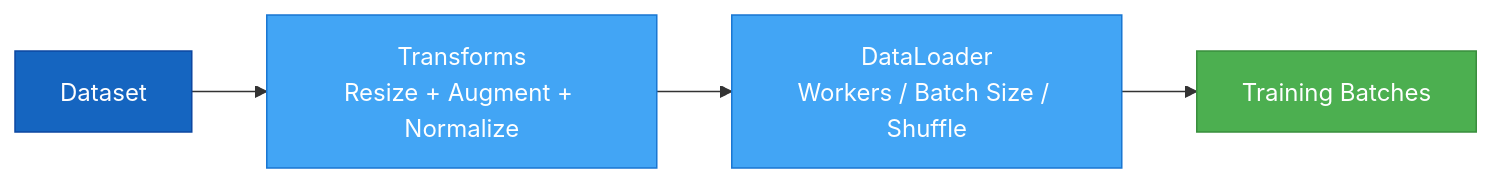
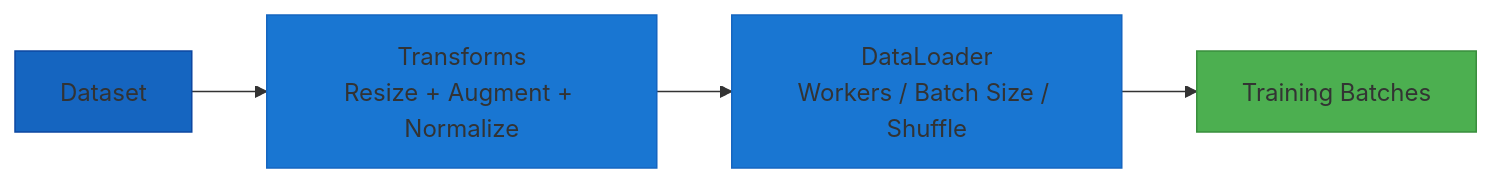
Before and after one commit to theja-vanka/AutoTimm: the second of 2 diagrams in docs/user-guide/data-loading/index.md, drawn with Mermaid. The commit also changed other lines of this file and 37 other files, not shown here.

````diff
--- a/docs/user-guide/data-loading/index.md
+++ b/docs/user-guide/data-loading/index.md
@@ -35,11 +35,11 @@
 ```mermaid
 graph LR
     A[Dataset] --> B[Transforms<br/>Resize + Augment + Normalize]
     B --> C[DataLoader<br/>Workers / Batch Size / Shuffle]
     C --> D[Training Batches]
 
-    style A fill:#1565C0,stroke:#0D47A1,color:#fff
-    style B fill:#42A5F5,stroke:#1976D2,color:#fff
-    style C fill:#42A5F5,stroke:#1976D2,color:#fff
-    style D fill:#4CAF50,stroke:#388E3C,color:#fff
+    style A fill:#1565C0,stroke:#0D47A1
+    style B fill:#1976D2,stroke:#1565C0
+    style C fill:#1976D2,stroke:#1565C0
+    style D fill:#4CAF50,stroke:#388E3C
 ```
````
